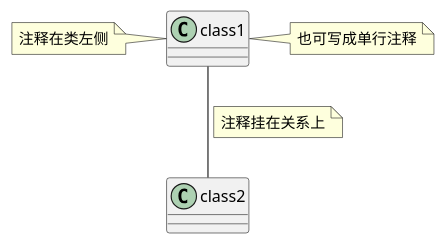
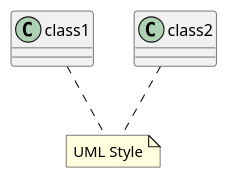
One commit to zhongjinggz/vp-cli changed diagram 24 of 26 in doc/spec/spec-class-diagram-basic.md. Above: the diagram before and after it, drawn with PlantUML. The commit also changed other lines of this file and 6 other files, not shown here.

Commit message:
simplify the architecture - step 4 - remove dependency to MyDiagramElement

````diff
--- a/doc/spec/spec-class-diagram-basic.md
+++ b/doc/spec/spec-class-diagram-basic.md
@@ -744,18 +728,15 @@
 ```plantuml
 @startuml
 class class1 {
 }
+class class2 {
+}
 
-note left of class1
-  注释在类左侧
-end note
+note "UML Style" as N1
 
-note right of class1 : 也可写成单行注释
 
-class1 -- class2
-note on link
-  注释挂在关系上
-end note
+class2 .. N1
+class1 .. N1
 
 @enduml
 ```
````
